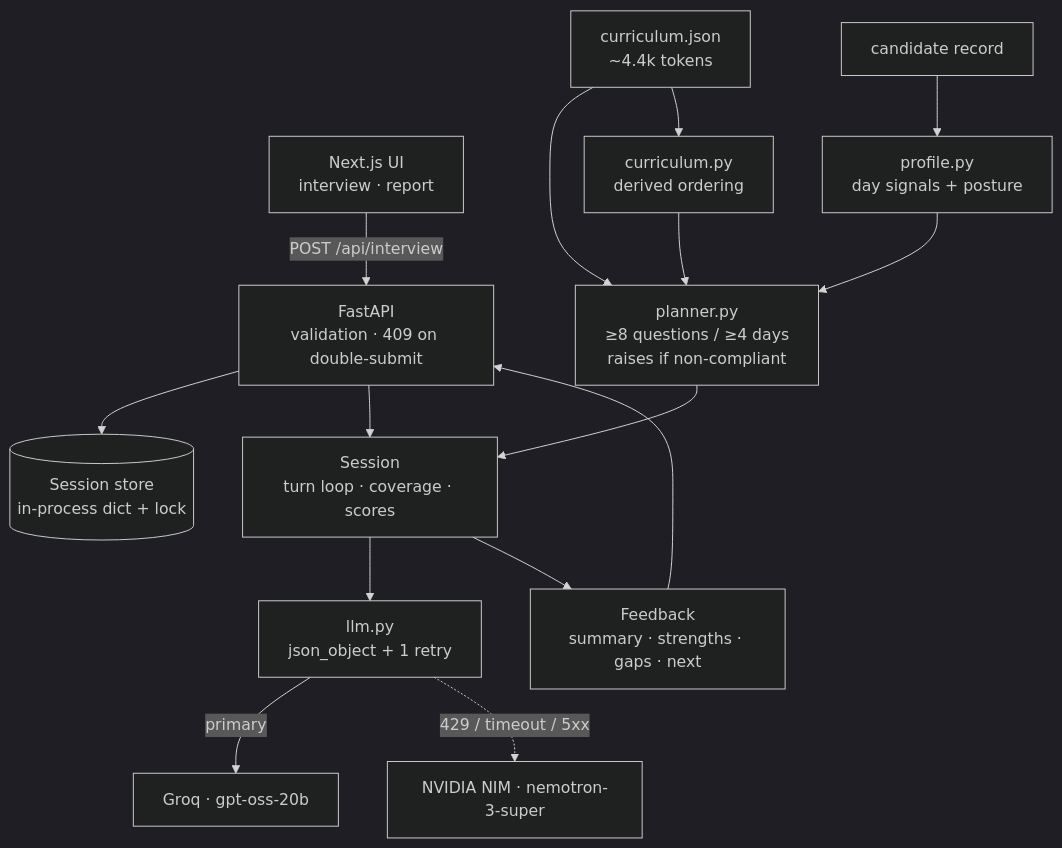
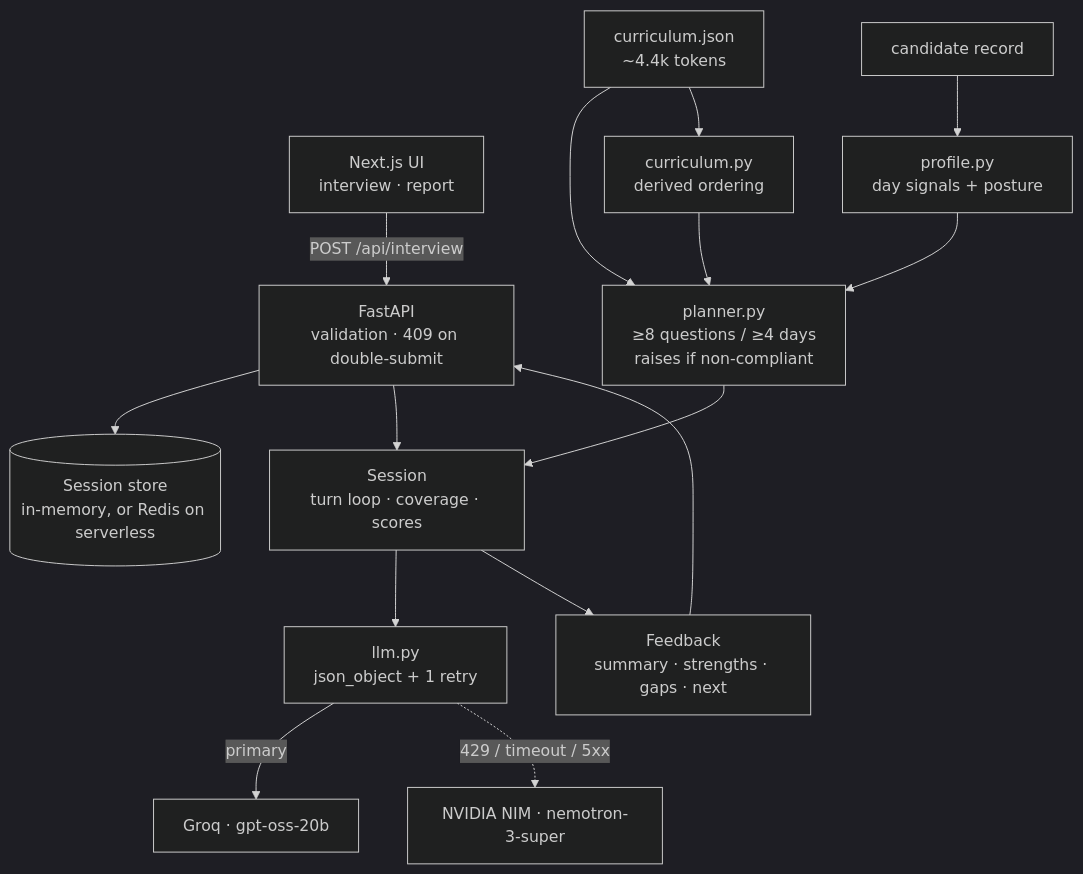
Before and after one commit to Jenish-fngghd/ABTalks: the diagram in README.md, drawn with Mermaid (dark theme). The commit also changed other lines of this file, not shown here.

````diff
--- a/README.md
+++ b/README.md
@@ -16,19 +88,19 @@
 ```mermaid
 flowchart TD
     UI["Next.js UI<br/>interview · report"] -->|"POST /api/interview"| API["FastAPI<br/>validation · 409 on double-submit"]
-    API --> STORE[("Session store<br/>in-process dict + lock")]
+    API --> STORE[("Session store<br/>in-memory, or Redis on serverless")]
     API --> S["Session<br/>turn loop · coverage · scores"]
 
     C["curriculum.json<br/>~4.4k tokens"] --> P
     CAND["candidate record"] --> PROF["profile.py<br/>day signals + posture"]
     PROF --> P["planner.py<br/>≥8 questions / ≥4 days<br/>raises if non-compliant"]
     C --> G["curriculum.py<br/>derived ordering"]
     G --> P
     P --> S
 
     S --> LLM["llm.py<br/>json_object + 1 retry"]
     LLM -->|primary| GROQ["Groq · gpt-oss-20b"]
     LLM -.->|"429 / timeout / 5xx"| NIM["NVIDIA NIM · nemotron-3-super"]
     S --> FB["Feedback<br/>summary · strengths · gaps · next"]
     FB --> API
 ```
````
